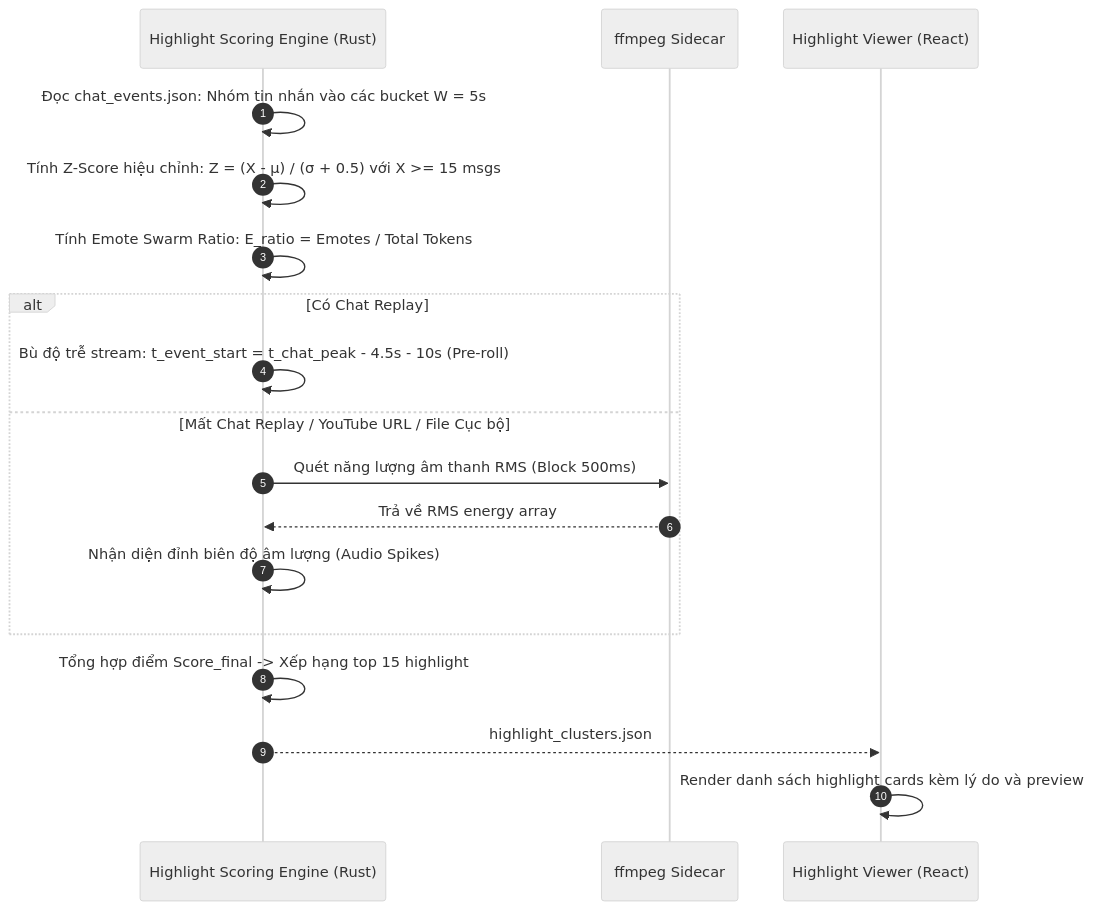
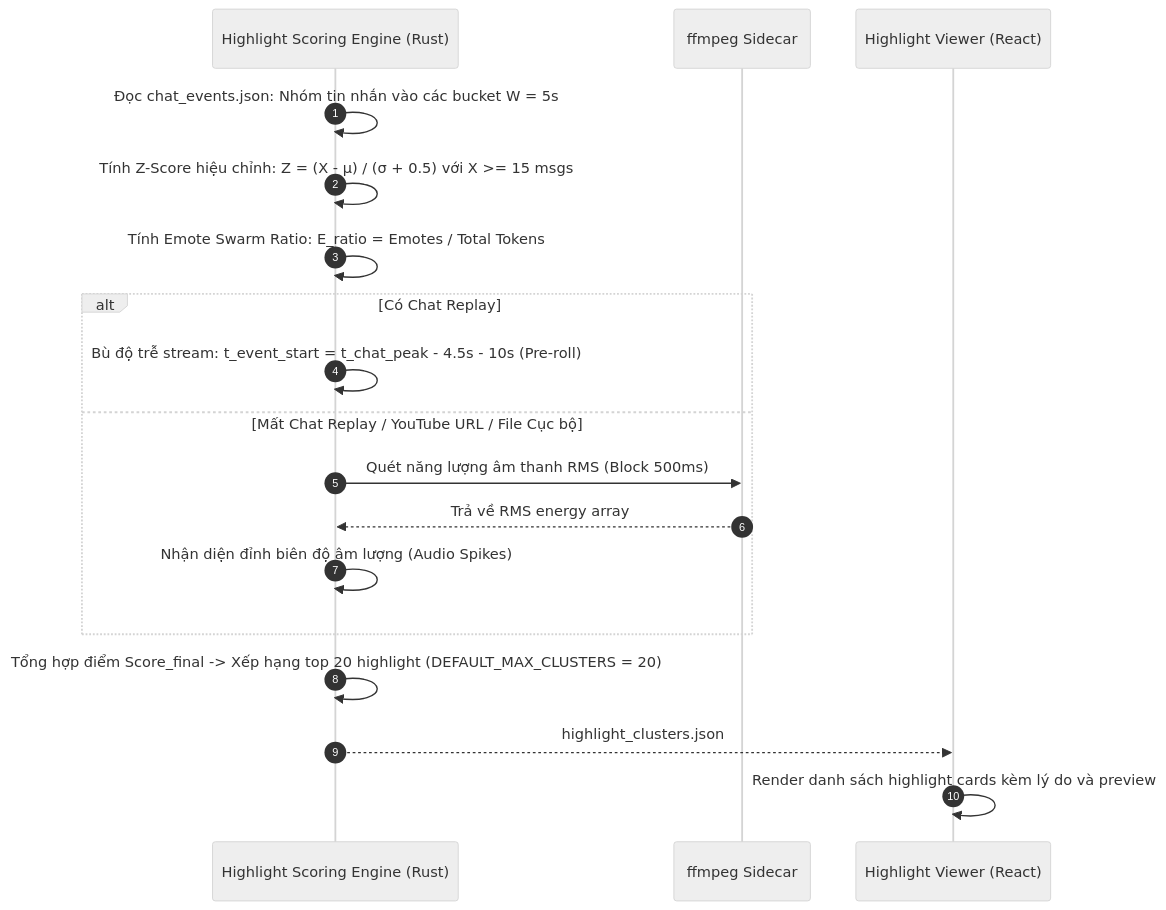
Before and after one commit to Nashidiwa/neuroclip: the fourth of 7 diagrams in docs/ARCHITECTURE.md, drawn with Mermaid (neutral theme). The commit also changed other lines of this file and 5 other files, not shown here.

````diff
--- a/docs/ARCHITECTURE.md
+++ b/docs/ARCHITECTURE.md
@@ -221,21 +224,21 @@
 ```mermaid
 sequenceDiagram
     autonumber
     participant Rust as Highlight Scoring Engine (Rust)
     participant FFmpeg as ffmpeg Sidecar
     participant UI as Highlight Viewer (React)
 
     Rust->>Rust: Đọc chat_events.json: Nhóm tin nhắn vào các bucket W = 5s
     Rust->>Rust: Tính Z-Score hiệu chỉnh: Z = (X - μ) / (σ + 0.5) với X >= 15 msgs
     Rust->>Rust: Tính Emote Swarm Ratio: E_ratio = Emotes / Total Tokens
     alt Có Chat Replay
         Rust->>Rust: Bù độ trễ stream: t_event_start = t_chat_peak - 4.5s - 10s (Pre-roll)
     else Mất Chat Replay / YouTube URL / File Cục bộ
         Rust->>FFmpeg: Quét năng lượng âm thanh RMS (Block 500ms)
         FFmpeg-->>Rust: Trả về RMS energy array
         Rust->>Rust: Nhận diện đỉnh biên độ âm lượng (Audio Spikes)
     end
-    Rust->>Rust: Tổng hợp điểm Score_final -> Xếp hạng top 15 highlight
+    Rust->>Rust: Tổng hợp điểm Score_final -> Xếp hạng top 20 highlight (DEFAULT_MAX_CLUSTERS = 20)
     Rust-->>UI: highlight_clusters.json
     UI->>UI: Render danh sách highlight cards kèm lý do và preview
 ```
````
